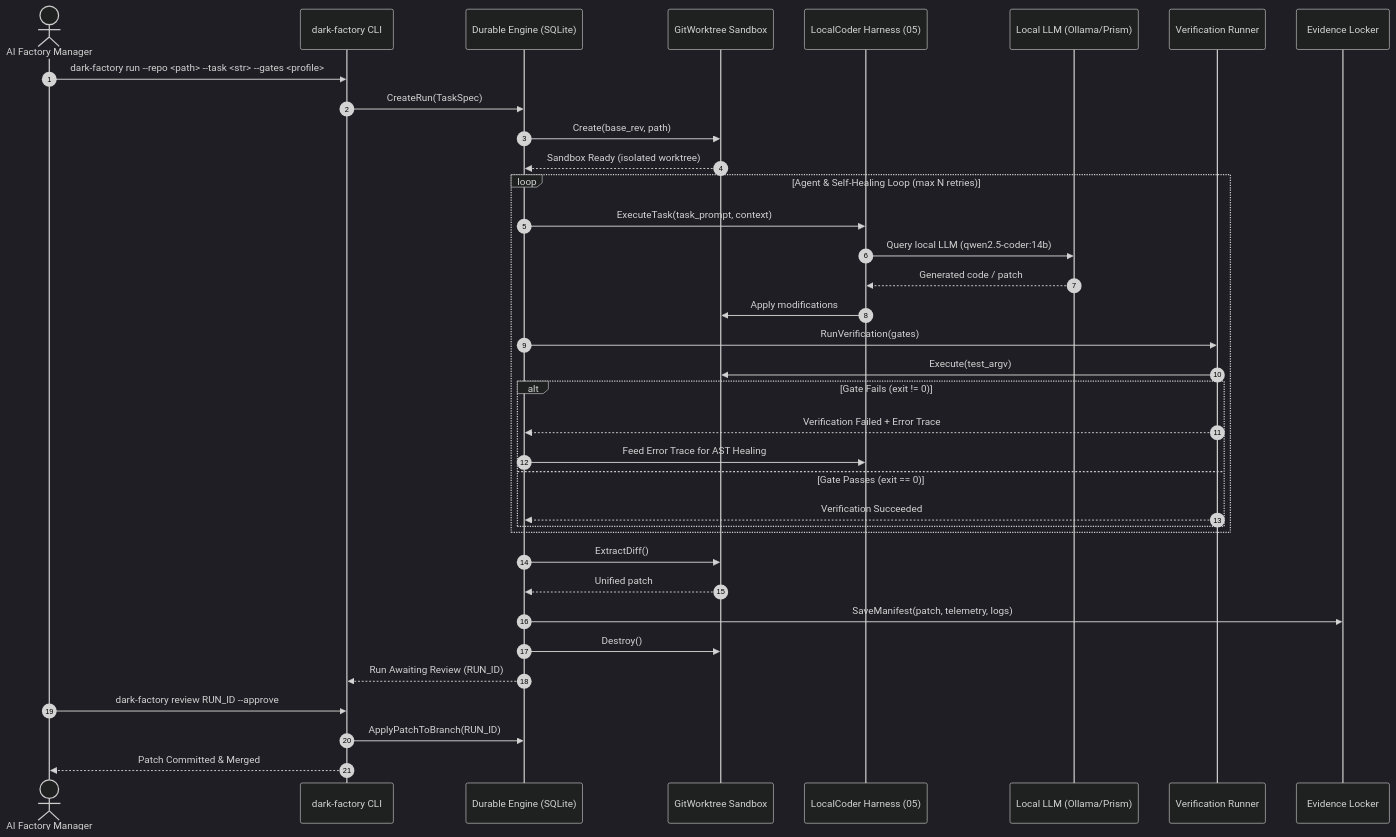
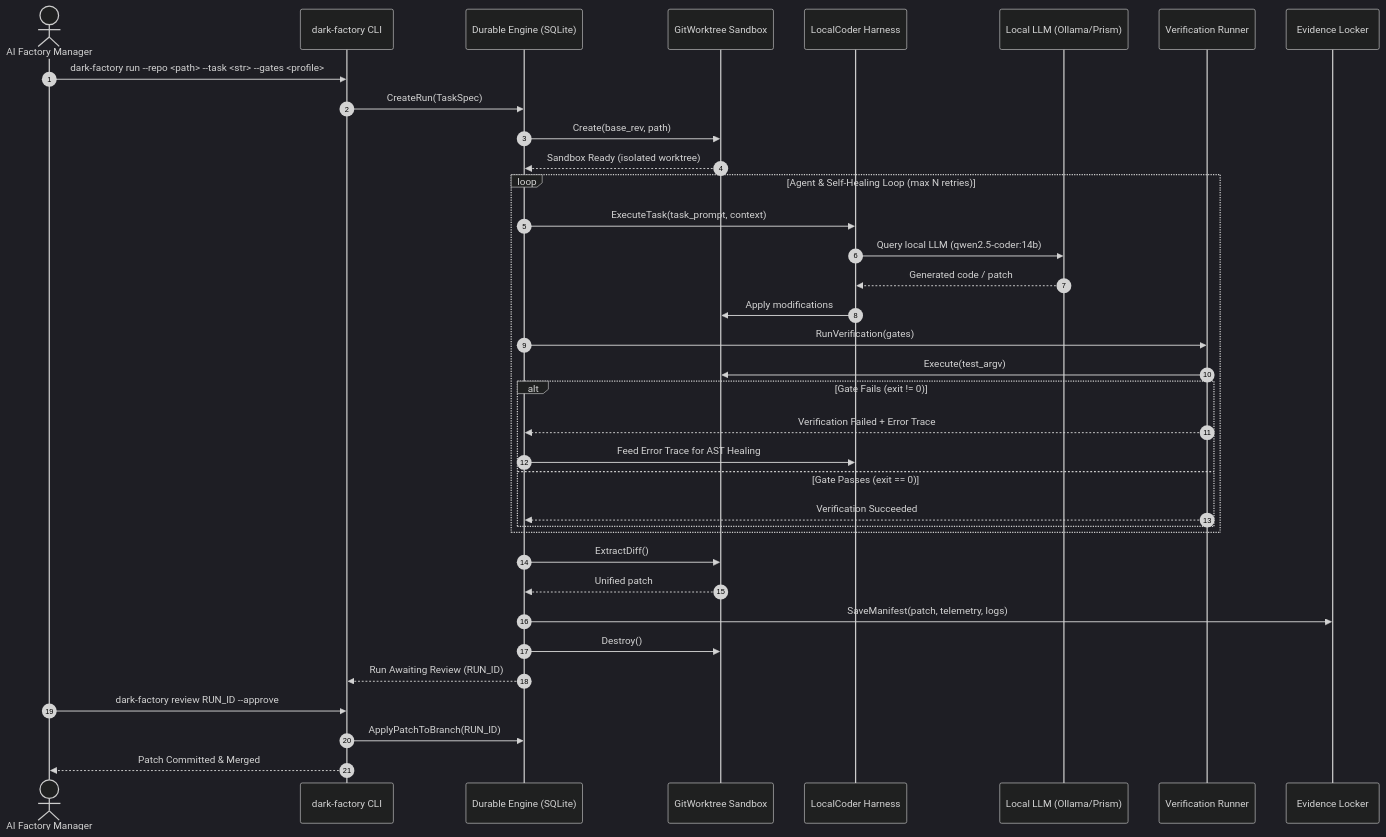
The diagram in docs/sdlc/spec.md (senssei/local-dark-factory), drawn with Mermaid (dark theme) before and after one commit. The commit also changed other lines of this file and 10 other files, not shown here.

````diff
--- a/docs/sdlc/spec.md
+++ b/docs/sdlc/spec.md
@@ -7,42 +7,42 @@
 ```mermaid
 sequenceDiagram
     autonumber
     actor Operator as AI Factory Manager
     participant CLI as dark-factory CLI
     participant Engine as Durable Engine (SQLite)
     participant Sandbox as GitWorktree Sandbox
-    participant Harness as LocalCoder Harness (05)
+    participant Harness as LocalCoder Harness
     participant Model as Local LLM (Ollama/Prism)
     participant Gate as Verification Runner
     participant Locker as Evidence Locker
 
     Operator->>CLI: dark-factory run --repo <path> --task <str> --gates <profile>
     CLI->>Engine: CreateRun(TaskSpec)
     Engine->>Sandbox: Create(base_rev, path)
     Sandbox-->>Engine: Sandbox Ready (isolated worktree)
     
     loop Agent & Self-Healing Loop (max N retries)
         Engine->>Harness: ExecuteTask(task_prompt, context)
         Harness->>Model: Query local LLM (qwen2.5-coder:14b)
         Model-->>Harness: Generated code / patch
         Harness->>Sandbox: Apply modifications
         Engine->>Gate: RunVerification(gates)
         Gate->>Sandbox: Execute(test_argv)
         alt Gate Fails (exit != 0)
             Gate-->>Engine: Verification Failed + Error Trace
             Engine->>Harness: Feed Error Trace for AST Healing
         else Gate Passes (exit == 0)
             Gate-->>Engine: Verification Succeeded
         end
     end
 
     Engine->>Sandbox: ExtractDiff()
     Sandbox-->>Engine: Unified patch
     Engine->>Locker: SaveManifest(patch, telemetry, logs)
     Engine->>Sandbox: Destroy()
     Engine-->>CLI: Run Awaiting Review (RUN_ID)
 
     Operator->>CLI: dark-factory review RUN_ID --approve
     CLI->>Engine: ApplyPatchToBranch(RUN_ID)
     CLI-->>Operator: Patch Committed & Merged
 ```
````
